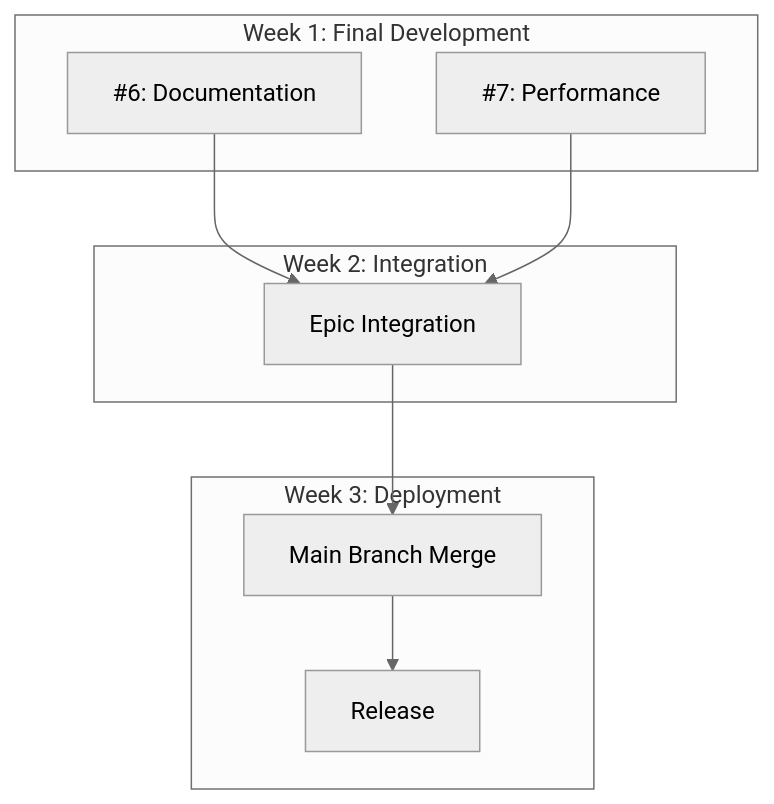
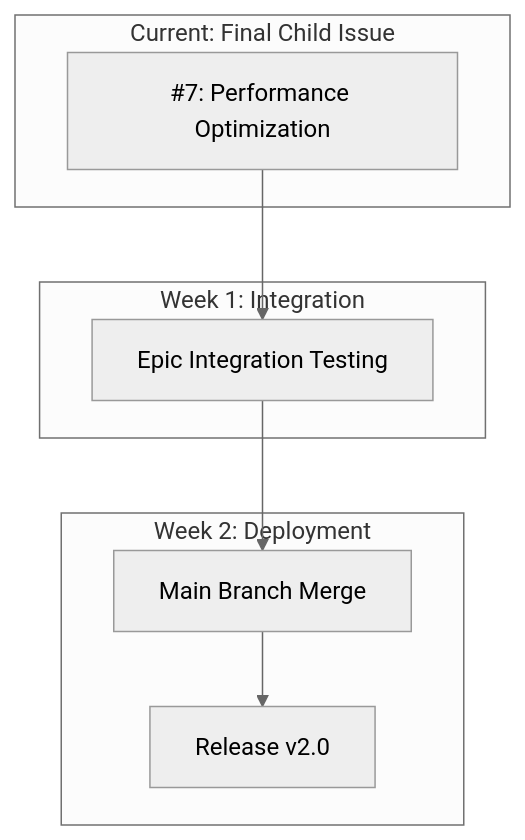
The fifth of 5 diagrams in docs/epic-progress-visual.md (info-tech-io/hugo-templates), drawn with Mermaid (neutral theme) before and after one commit. The commit also changed other lines of this file, not shown here.

First line of the commit message:
docs: update Epic progress visualization to 80% completion

````diff
--- a/docs/epic-progress-visual.md
+++ b/docs/epic-progress-visual.md
@@ -177,21 +187,19 @@
 ```mermaid
 graph TB
-    subgraph "Week 1: Final Development"
-        D[#6: Documentation]
-        P[#7: Performance]
+    subgraph "Current: Final Child Issue"
+        P[#7: Performance Optimization]
     end
 
-    subgraph "Week 2: Integration"
-        I[Epic Integration]
+    subgraph "Week 1: Integration"
+        I[Epic Integration Testing]
     end
 
-    subgraph "Week 3: Deployment"
+    subgraph "Week 2: Deployment"
         M[Main Branch Merge]
-        R[Release]
+        R[Release v2.0]
     end
 
-    D --> I
     P --> I
     I --> M
     M --> R
 ```
````
